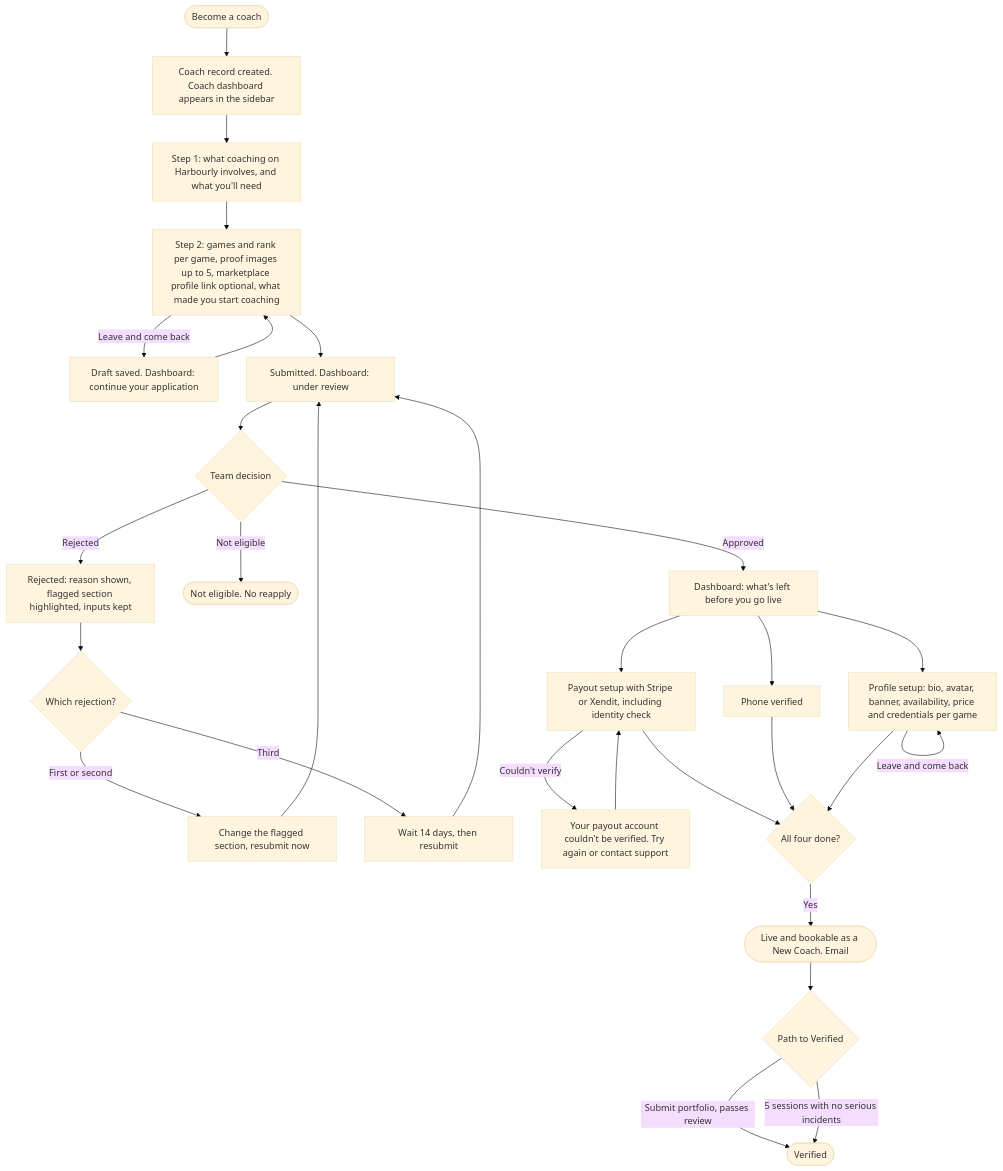
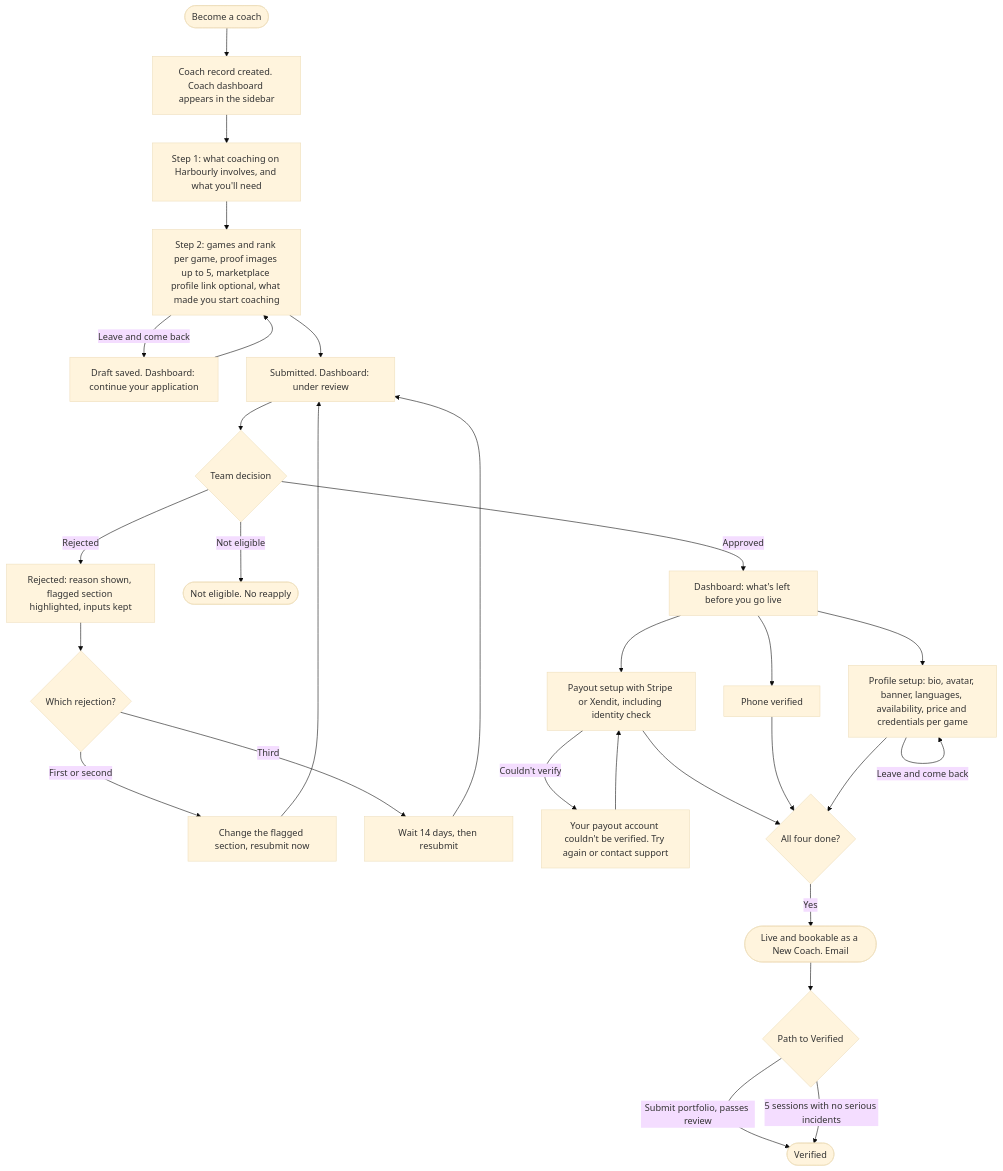
The eighth of 13 diagrams in design/USER-FLOW.md (ILoveWaterSm/Harbourly-Waitlist-2.0), drawn with Mermaid (base theme) before and after one commit. The commit also changed other lines of this file and 17 other files, not shown here.

First line of the commit message:
Browse: one coach card per row with bio, flag, languages, time zone and next free; taller top nav

````diff
--- a/design/USER-FLOW.md
+++ b/design/USER-FLOW.md
@@ -231,34 +231,34 @@
 ```mermaid
 flowchart TD
   Become(["Become a coach"]) --> Row["Coach record created. Coach dashboard appears in the sidebar"]
   Row --> Step1["Step 1: what coaching on Harbourly involves, and what you'll need"]
   Step1 --> Step2["Step 2: games and rank per game, proof images up to 5, marketplace profile link optional, what made you start coaching"]
   Step2 -->|"Leave and come back"| Draft["Draft saved. Dashboard: continue your application"]
   Draft --> Step2
   Step2 --> Submitted["Submitted. Dashboard: under review"]
   Submitted --> Decision{"Team decision"}
 
   Decision -->|"Rejected"| Rejected["Rejected: reason shown, flagged section highlighted, inputs kept"]
   Rejected --> Attempts{"Which rejection?"}
   Attempts -->|"First or second"| Fix["Change the flagged section, resubmit now"]
   Attempts -->|"Third"| Wait["Wait 14 days, then resubmit"]
   Fix --> Submitted
   Wait --> Submitted
   Decision -->|"Not eligible"| Closed(["Not eligible. No reapply"])
 
   Decision -->|"Approved"| Gates["Dashboard: what's left before you go live"]
   Gates --> Payout["Payout setup with Stripe or Xendit, including identity check"]
   Payout -->|"Couldn't verify"| PayoutFail["Your payout account couldn't be verified. Try again or contact support"]
   PayoutFail --> Payout
   Gates --> PhoneGate["Phone verified"]
-  Gates --> Setup["Profile setup: bio, avatar, banner, availability, price and credentials per game"]
+  Gates --> Setup["Profile setup: bio, avatar, banner, languages, availability, price and credentials per game"]
   Setup -->|"Leave and come back"| Setup
   Payout --> AllDone{"All four done?"}
   PhoneGate --> AllDone
   Setup --> AllDone
   AllDone -->|"Yes"| Live(["Live and bookable as a New Coach. Email"])
 
   Live --> Path{"Path to Verified"}
   Path -->|"Submit portfolio, passes review"| Verified(["Verified"])
   Path -->|"5 sessions with no serious incidents"| Verified
 ```
````
